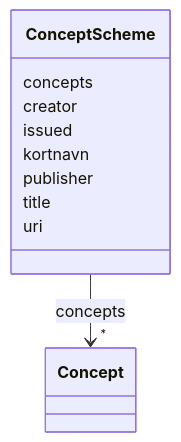
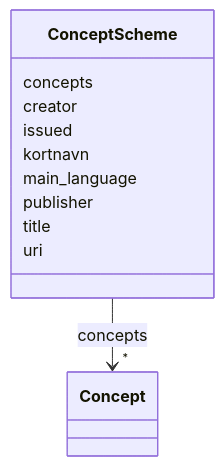
Before and after one commit to UteBroenner/skos-from-pdf-via-excel: the diagram in schema/generated/docs/ConceptScheme.md, drawn with Mermaid. The commit also changed other lines of this file and 24 other files, not shown here.

First line of the commit message:
Configurable main language (hovedspråk); crochet dataset switched to en-US

````diff
--- a/schema/generated/docs/ConceptScheme.md
+++ b/schema/generated/docs/ConceptScheme.md
@@ -23,29 +23,31 @@
 ```mermaid
  classDiagram
     class ConceptScheme
     click ConceptScheme href "../ConceptScheme/"
       ConceptScheme : concepts
         
           
     
         
         
         ConceptScheme --> "*" Concept : concepts
         click Concept href "../Concept/"
     
 
         
       ConceptScheme : creator
         
       ConceptScheme : issued
         
       ConceptScheme : kortnavn
         
+      ConceptScheme : main_language
+        
       ConceptScheme : publisher
         
       ConceptScheme : title
         
       ConceptScheme : uri
         
       
 ```
````
